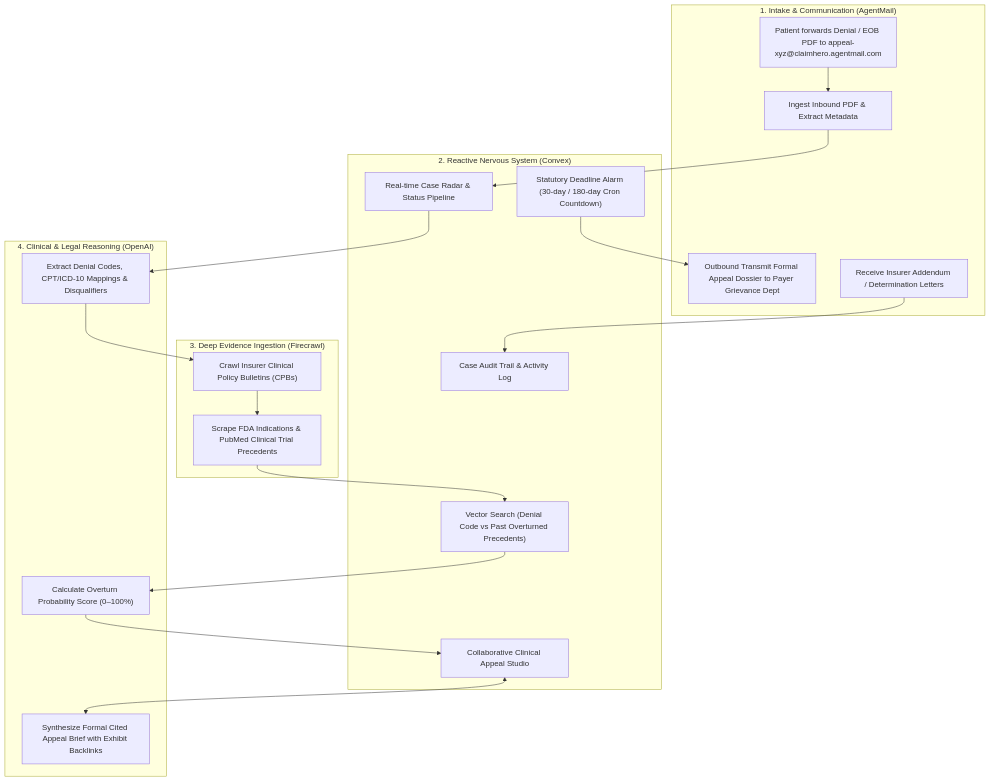
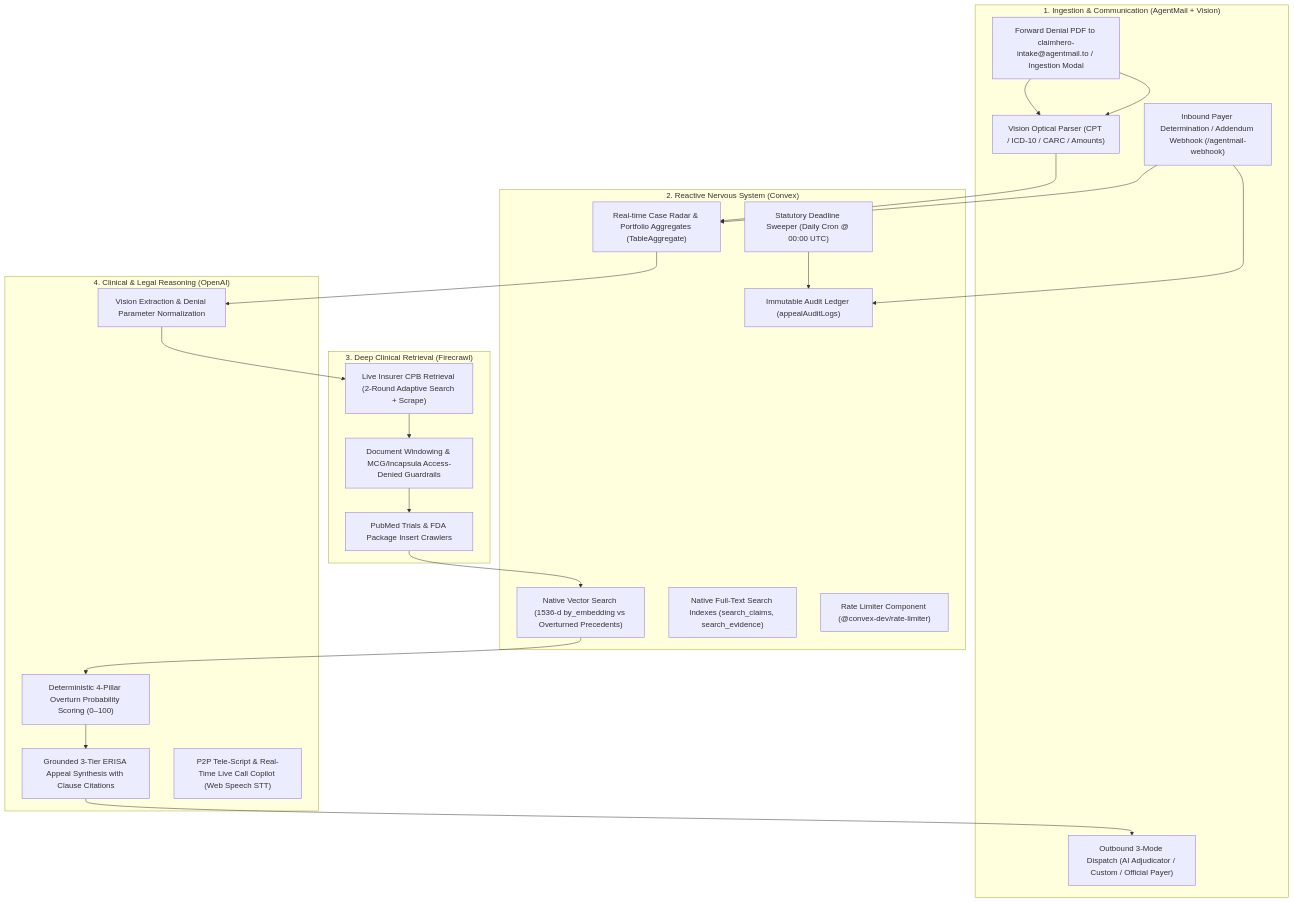
Before and after one commit to zaikaman/ClaimHero: the diagram in IDEA.md, drawn with Mermaid. The commit also changed other lines of this file and 41 other files, not shown here.

First line of the commit message:
Add unit tests for agentMail, openai, and utility functions

````diff
--- a/IDEA.md
+++ b/IDEA.md
@@ -23,38 +23,44 @@
 ```mermaid
 flowchart TD
-    subgraph Intake ["1. Intake & Communication (AgentMail)"]
-        A1["Patient forwards Denial / EOB PDF to appeal-xyz@claimhero.agentmail.com"] --> A2["Ingest Inbound PDF & Extract Metadata"]
-        A3["Outbound Transmit Formal Appeal Dossier to Payer Grievance Dept"]
-        A4["Receive Insurer Addendum / Determination Letters"]
+    subgraph Intake ["1. Ingestion & Communication (AgentMail + Vision)"]
+        A1["Forward Denial PDF to claimhero-intake@agentmail.to / Ingestion Modal"] --> A2["Vision Optical Parser (CPT / ICD-10 / CARC / Amounts)"]
+        A3["Outbound 3-Mode Dispatch (AI Adjudicator / Custom / Official Payer)"]
+        A4["Inbound Payer Determination / Addendum Webhook (/agentmail-webhook)"]
     end
 
     subgraph Brain ["2. Reactive Nervous System (Convex)"]
-        C1["Real-time Case Radar & Status Pipeline"]
-        C2["Vector Search (Denial Code vs Past Overturned Precedents)"]
-        C3["Statutory Deadline Alarm (30-day / 180-day Cron Countdown)"]
-        C4["Collaborative Clinical Appeal Studio"]
-        C5["Case Audit Trail & Activity Log"]
+        C1["Real-time Case Radar & Portfolio Aggregates (TableAggregate)"]
+        C2["Native Vector Search (1536-d by_embedding vs Overturned Precedents)"]
+        C3["Native Full-Text Search Indexes (search_claims, search_evidence)"]
+        C4["Statutory Deadline Sweeper (Daily Cron @ 00:00 UTC)"]
+        C5["Rate Limiter Component (@convex-dev/rate-limiter)"]
+        C6["Immutable Audit Ledger (appealAuditLogs)"]
     end
 
-    subgraph Senses ["3. Deep Evidence Ingestion (Firecrawl)"]
-        F1["Crawl Insurer Clinical Policy Bulletins (CPBs)"]
-        F2["Scrape FDA Indications & PubMed Clinical Trial Precedents"]
+    subgraph Senses ["3. Deep Clinical Retrieval (Firecrawl)"]
+        F1["Live Insurer CPB Retrieval (2-Round Adaptive Search + Scrape)"]
+        F2["Document Windowing & MCG/Incapsula Access-Denied Guardrails"]
+        F3["PubMed Trials & FDA Package Insert Crawlers"]
     end
 
     subgraph Intelligence ["4. Clinical & Legal Reasoning (OpenAI)"]
-        O1["Extract Denial Codes, CPT/ICD-10 Mappings & Disqualifiers"]
-        O2["Calculate Overturn Probability Score (0–100%)"]
-        O3["Synthesize Formal Cited Appeal Brief with Exhibit Backlinks"]
+        O1["Vision Extraction & Denial Parameter Normalization"]
+        O2["Deterministic 4-Pillar Overturn Probability Scoring (0–100)"]
+        O3["Grounded 3-Tier ERISA Appeal Synthesis with Clause Citations"]
+        O4["P2P Tele-Script & Real-Time Live Call Copilot (Web Speech STT)"]
     end
 
+    A1 --> A2
     A2 --> C1
     C1 --> O1
     O1 --> F1
     F1 --> F2
-    F2 --> C2
+    F2 --> F3
+    F3 --> C2
     C2 --> O2
-    O2 --> C4
-    C4 <--> O3
-    C3 --> A3
-    A4 --> C5
+    O2 --> O3
+    O3 --> A3
+    C4 --> C6
+    A4 --> C1
+    A4 --> C6
 ```
````
